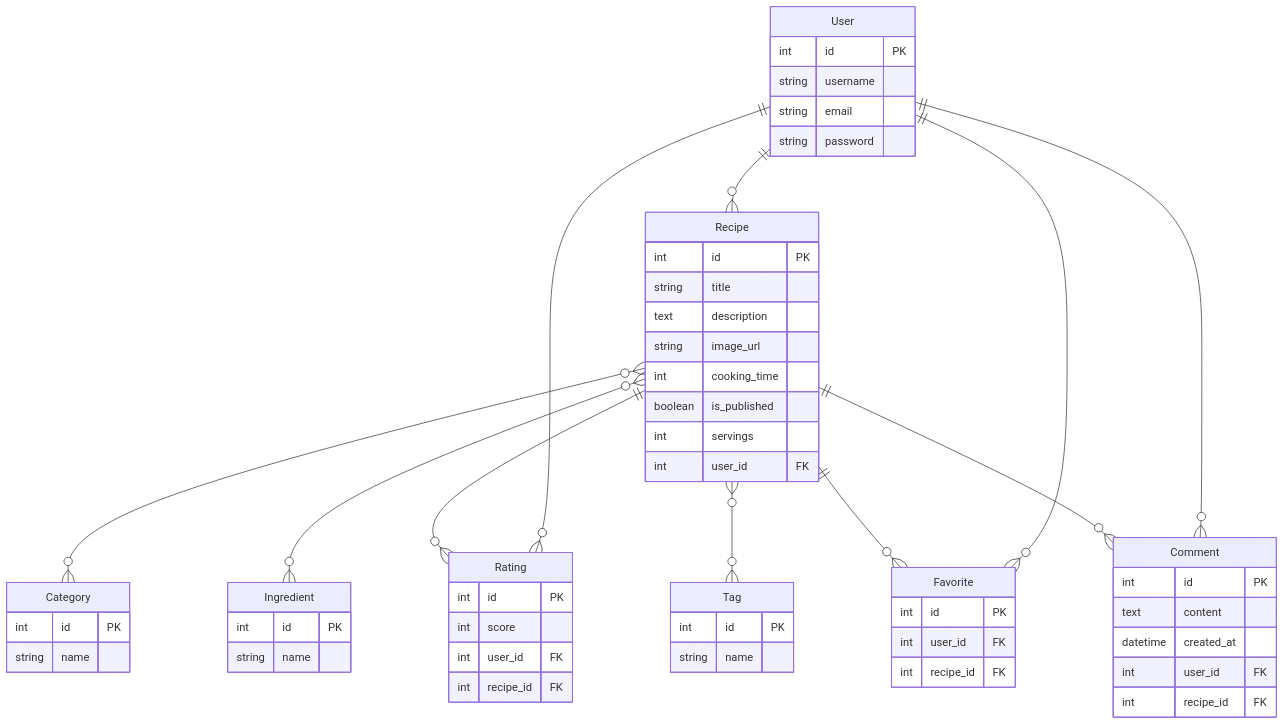
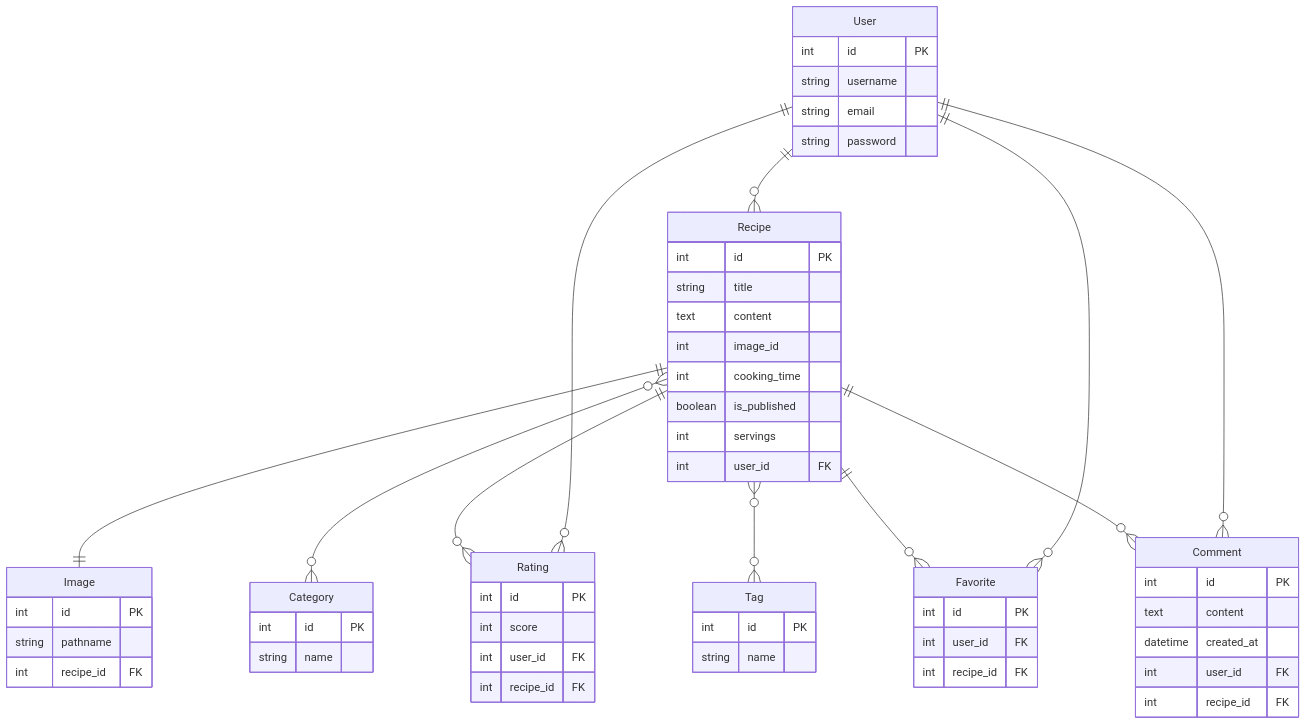
Before and after one commit to InnaBell/Recipe_web_app: the diagram in _docs/erd_recipe.mermaid, drawn with Mermaid. The commit also changed 7 other files, not shown here.

```diff
--- a/_docs/erd_recipe.mermaid
+++ b/_docs/erd_recipe.mermaid
@@ -1,89 +1,90 @@
 erDiagram
     User {
         int id PK
         string username
         string email
         string password
     }
     
     Recipe {
         int id PK
         string title
-        text description
-        string image_url
+        text content
+        int image_id
         int cooking_time
 		boolean is_published
         int servings
         int user_id FK
+    }
+
+	Image {
+		int id PK
+		string pathname
+        int recipe_id FK
     }
     
     Category {
         int id PK
         string name
     }
     
     Tag {
-        int id PK
-        string name
-    }
-    
-    Ingredient {
         int id PK
         string name
     }
     
     Rating {
         int id PK
         int score
         int user_id FK
         int recipe_id FK
     }
     
     Favorite {
         int id PK
         int user_id FK
         int recipe_id FK
     }
     
     Comment {
         int id PK
         text content
         datetime created_at
         int user_id FK
         int recipe_id FK
     }
 
 	%% ||--o{ - 1:n one to many
 	%% ||--|| - 1:1 one to one
 	%% o{--o{ - n:n many to many
 	%% o--o{ - n:1 many to one
 
 	%% Ein Benutzer kann viele Rezepte erstellen
 	User ||--o{ Recipe : ""
 
 	%% Ein Benutzer kann viele Bewertungen abgeben
 	User ||--o{ Rating : ""
 
 	%% Ein Benutzer kann viele Rezepte zu Favoriten hinzufügen
 	User ||--o{ Favorite : ""
 
 	%% Ein Benutzer kann viele Kommentare hinterlassen
 	User ||--o{ Comment : ""
 
+	%% Ein Rezept kann ein Bild haben
+	Recipe ||--|| Image : ""
+
 	%% Ein Rezept kann mehreren Kategorien zugeordnet sein
 	Recipe }o--o{ Category : ""
-
-	%% Ein Rezept kann viele Zutaten enthalten, eine Zutat kann in mehreren Rezepten verwendet werden
-	Recipe }o--o{ Ingredient : ""
 
 	%% Ein Rezept kann viele Bewertungen haben
 	Recipe ||--o{ Rating : ""
 
 	%% Ein Rezept kann bei mehreren Benutzern in den Favoriten sein
 	Recipe ||--o{ Favorite : ""
 
 	%% Ein Rezept kann viele Kommentare haben
 	Recipe ||--o{ Comment : ""
 
 	%% Ein Rezept kann mehrere Tags haben, ein Tag kann mehreren Rezepten zugeordnet sein
 	Recipe }o--o{ Tag : ""
```
